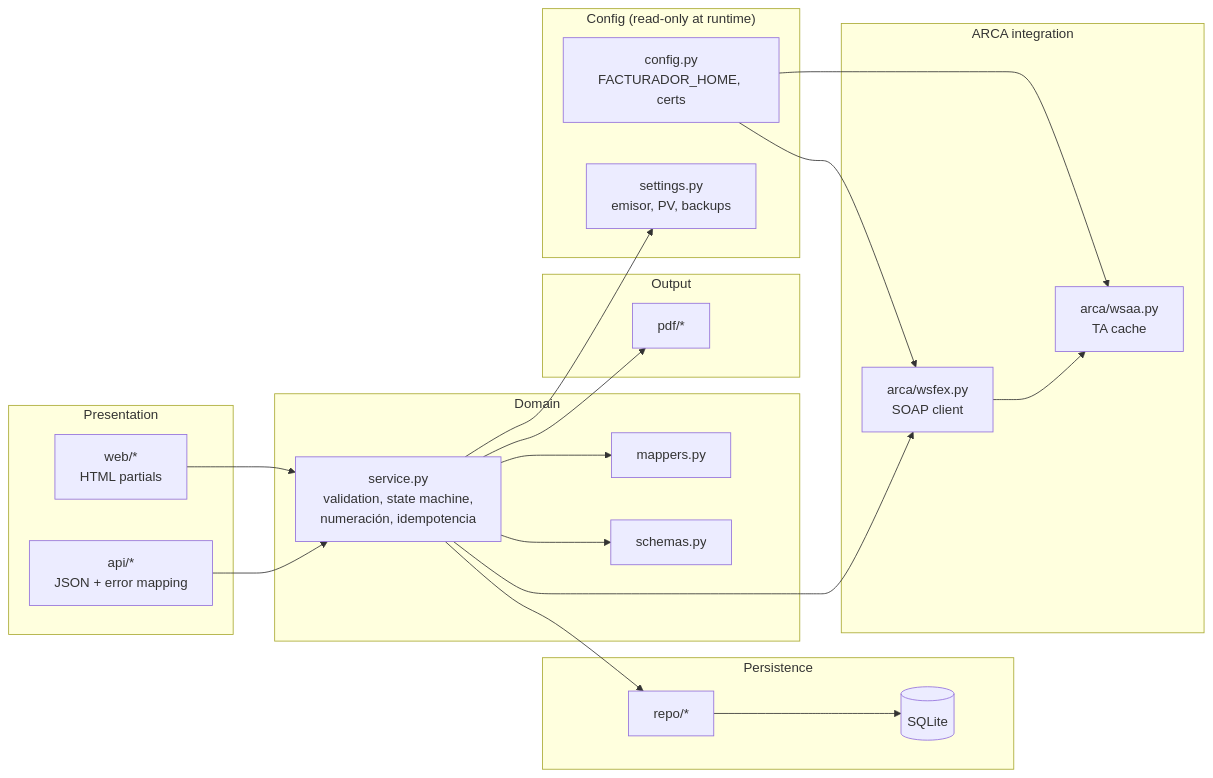
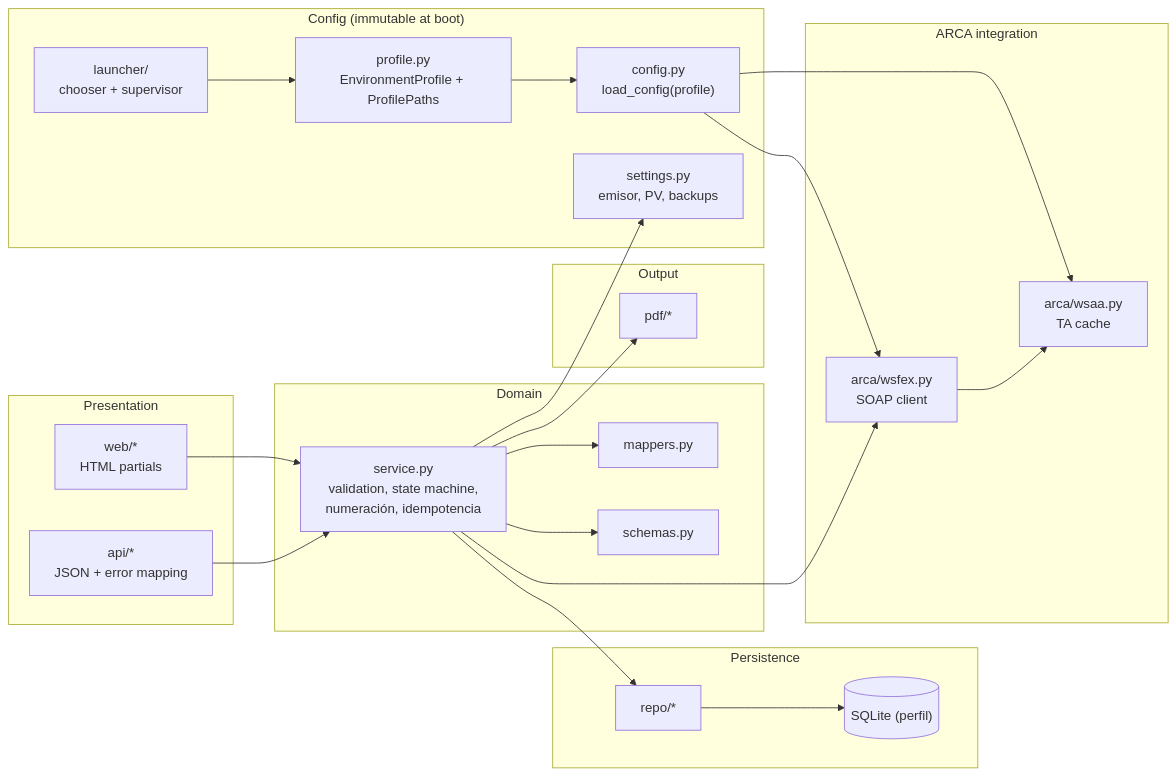
Before and after one commit to FacundoTripelhorn/facturadorE: the third of 7 diagrams in docs/agent/architecture-graphs.md, drawn with Mermaid. The commit also changed other lines of this file and 10 other files, not shown here.

````diff
--- a/docs/agent/architecture-graphs.md
+++ b/docs/agent/architecture-graphs.md
@@ -79,45 +101,49 @@
 ```mermaid
 flowchart LR
   subgraph presentation["Presentation"]
     API["api/*<br/>JSON + error mapping"]
     WEB["web/*<br/>HTML partials"]
   end
 
   subgraph domain["Domain"]
     SVC["service.py<br/>validation, state machine,<br/>numeración, idempotencia"]
     MAP["mappers.py"]
     SCH["schemas.py"]
   end
 
   subgraph persistence["Persistence"]
     REPO["repo/*"]
-    DB[("SQLite")]
+    DB[("SQLite (perfil)")]
   end
 
   subgraph integration["ARCA integration"]
     WSAA["arca/wsaa.py<br/>TA cache"]
     WSFEX["arca/wsfex.py<br/>SOAP client"]
   end
 
   subgraph output["Output"]
     PDF["pdf/*"]
   end
 
-  subgraph config["Config (read-only at runtime)"]
-    CFG["config.py<br/>FACTURADOR_HOME, certs"]
+  subgraph config["Config (immutable at boot)"]
+    PROF["profile.py<br/>EnvironmentProfile + ProfilePaths"]
+    CFG["config.py<br/>load_config(profile)"]
     SET["settings.py<br/>emisor, PV, backups"]
+    LAUNCH["launcher/<br/>chooser + supervisor"]
   end
 
+  LAUNCH --> PROF
+  PROF --> CFG
   API --> SVC
   WEB --> SVC
   SVC --> MAP
   SVC --> SCH
   SVC --> REPO
   SVC --> WSFEX
   SVC --> SET
   REPO --> DB
   WSFEX --> WSAA
   SVC --> PDF
   CFG --> WSAA
   CFG --> WSFEX
 ```
````
